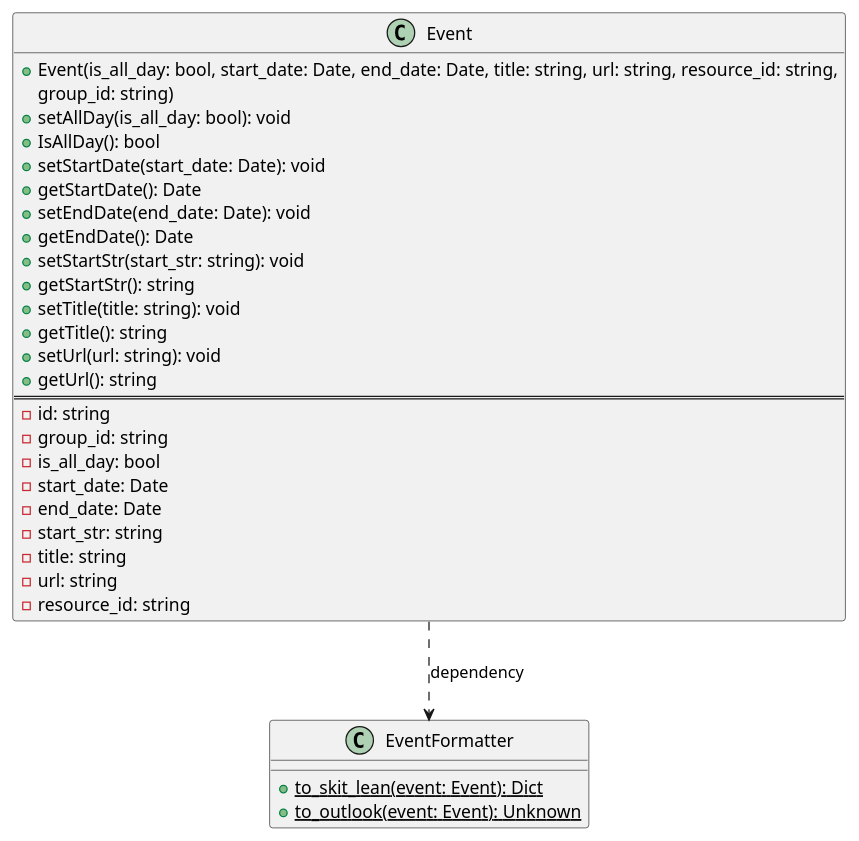
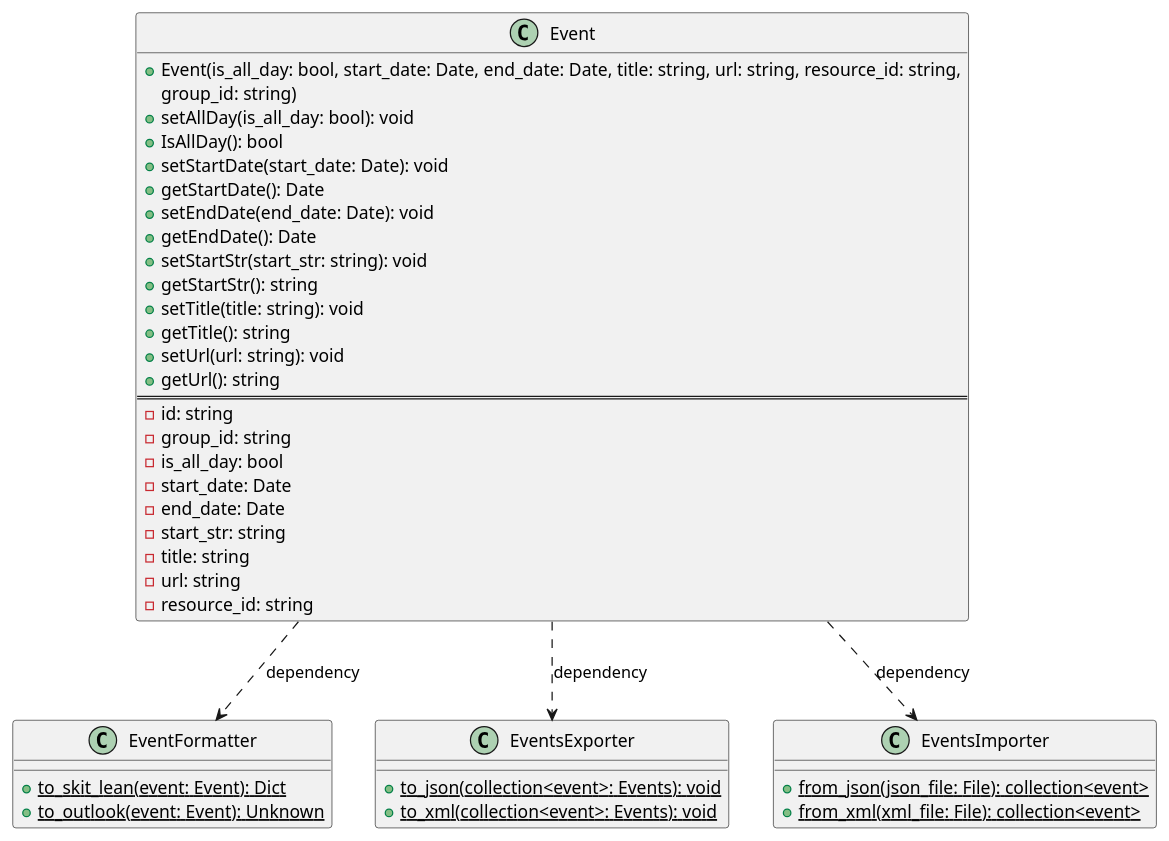
The diagram in uml-diagram/chronastra.puml (SirArt25/Chronastra), drawn with PlantUML before and after one commit. The commit also changed 7 other files, not shown here.

```diff
--- a/uml-diagram/chronastra.puml
+++ b/uml-diagram/chronastra.puml
@@ -1,40 +1,50 @@
 @startuml
-
-
 class Event{
     + Event(is_all_day: bool, start_date: Date, end_date: Date, title: string, url: string, resource_id: string,
         group_id: string)
     + setAllDay(is_all_day: bool): void
     + IsAllDay(): bool
     + setStartDate(start_date: Date): void
     + getStartDate(): Date
     + setEndDate(end_date: Date): void
     + getEndDate(): Date
     + setStartStr(start_str: string): void
     + getStartStr(): string
     + setTitle(title: string): void
     + getTitle(): string
     + setUrl(url: string): void
     + getUrl(): string
     ===
     - id: string
     - group_id: string
     - is_all_day: bool
     - start_date: Date
     - end_date: Date
     - start_str: string
     - title: string
     - url: string
     - resource_id: string
 }
 
 
 class EventFormatter{
     {static} + to_skit_lean(event: Event): Dict
     {static} + to_outlook(event: Event): Unknown
 }
 
+class EventsExporter{
+    {static} + to_json(collection<event>: Events): void
+    {static} + to_xml(collection<event>: Events): void
+}
+
+class EventsImporter{
+    {static} + from_json(json_file: File): collection<event>
+    {static} + from_xml(xml_file: File): collection<event>
+}
+
+
 
 Event ..> EventFormatter : dependency
-
+Event ..> EventsExporter : dependency
+Event ..> EventsImporter : dependency
 @enduml
```
